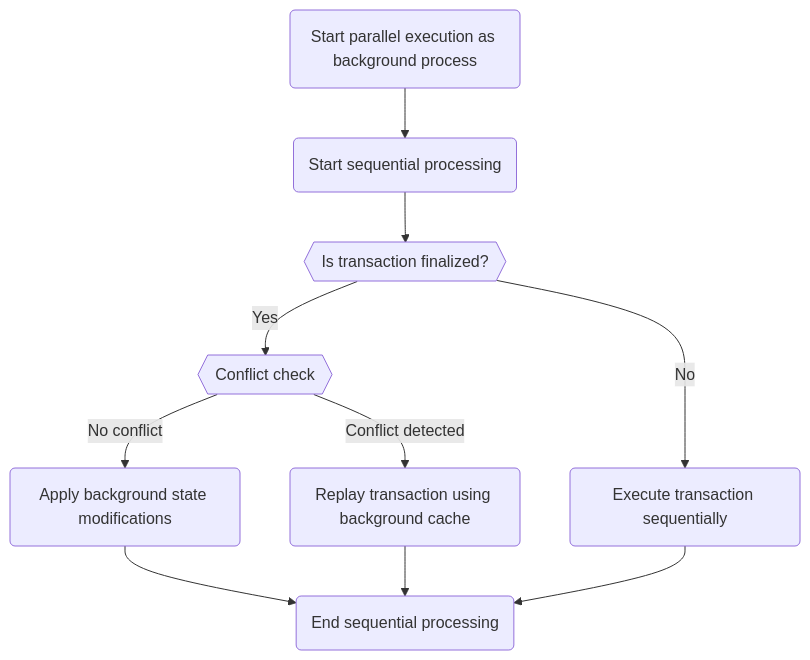
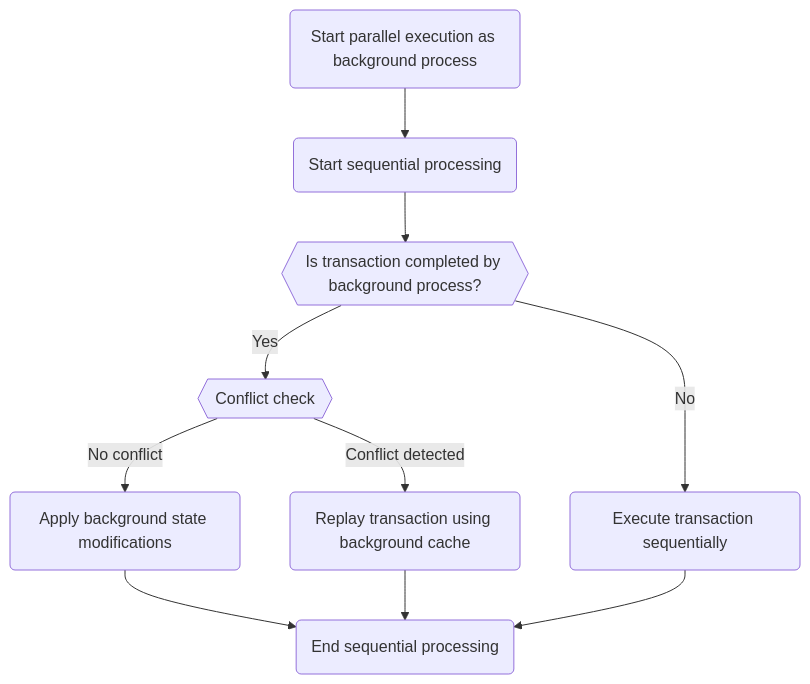
Before and after one commit to hyperledger/besu-docs: the first of 3 diagrams in docs/public-networks/concepts/parallel-transaction-execution.md, drawn with Mermaid. The commit also changed other lines of this file, not shown here.

````diff
--- a/docs/public-networks/concepts/parallel-transaction-execution.md
+++ b/docs/public-networks/concepts/parallel-transaction-execution.md
@@ -34,12 +34,12 @@
 ```mermaid
 graph TD;
   X(Start parallel execution as background process) --> A(Start sequential processing);
-  A --> B{{Is transaction finalized?}};
+  A --> B{{Is transaction completed by background process?}};
   B --> |Yes| C{{Conflict check}};
   C --> |No conflict| D(Apply background state modifications);
   C --> |Conflict detected| E(Replay transaction using background cache);
   B --> |No| F(Execute transaction sequentially);
   D --> G(End sequential processing);
   E --> G;
   F --> G;
 ```
````
